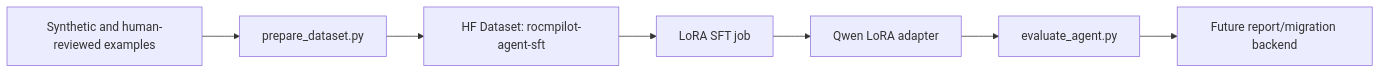
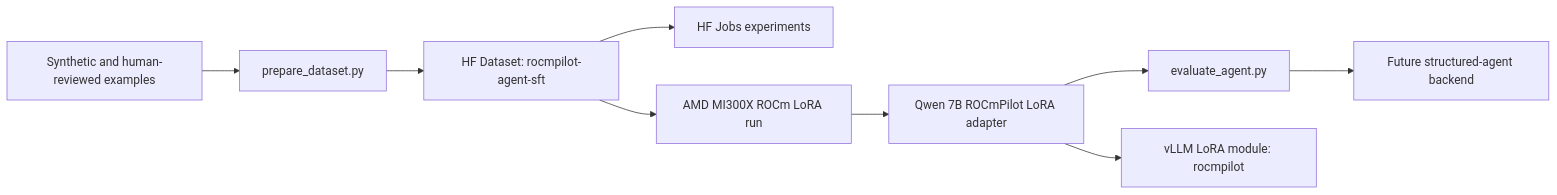
One commit to shivambhartiya/rocmpilot changed the sixth of 10 diagrams in TECHNICAL_WALKTHROUGH.md. Above: the diagram before and after it, drawn with Mermaid. The commit also changed other lines of this file and 1 other file, not shown here.

````diff
--- a/TECHNICAL_WALKTHROUGH.md
+++ b/TECHNICAL_WALKTHROUGH.md
@@ -221,9 +277,11 @@
 ```mermaid
 flowchart LR
   SEED["Synthetic and human-reviewed examples"] --> PREP["prepare_dataset.py"]
   PREP --> DATASET["HF Dataset: rocmpilot-agent-sft"]
-  DATASET --> TRAIN["LoRA SFT job"]
-  TRAIN --> MODEL["Qwen LoRA adapter"]
+  DATASET --> HFTRAIN["HF Jobs experiments"]
+  DATASET --> AMDTRAIN["AMD MI300X ROCm LoRA run"]
+  AMDTRAIN --> MODEL["Qwen 7B ROCmPilot LoRA adapter"]
   MODEL --> EVAL["evaluate_agent.py"]
-  EVAL --> APP["Future report/migration backend"]
+  MODEL --> VLLM["vLLM LoRA module: rocmpilot"]
+  EVAL --> APP["Future structured-agent backend"]
 ```
````
